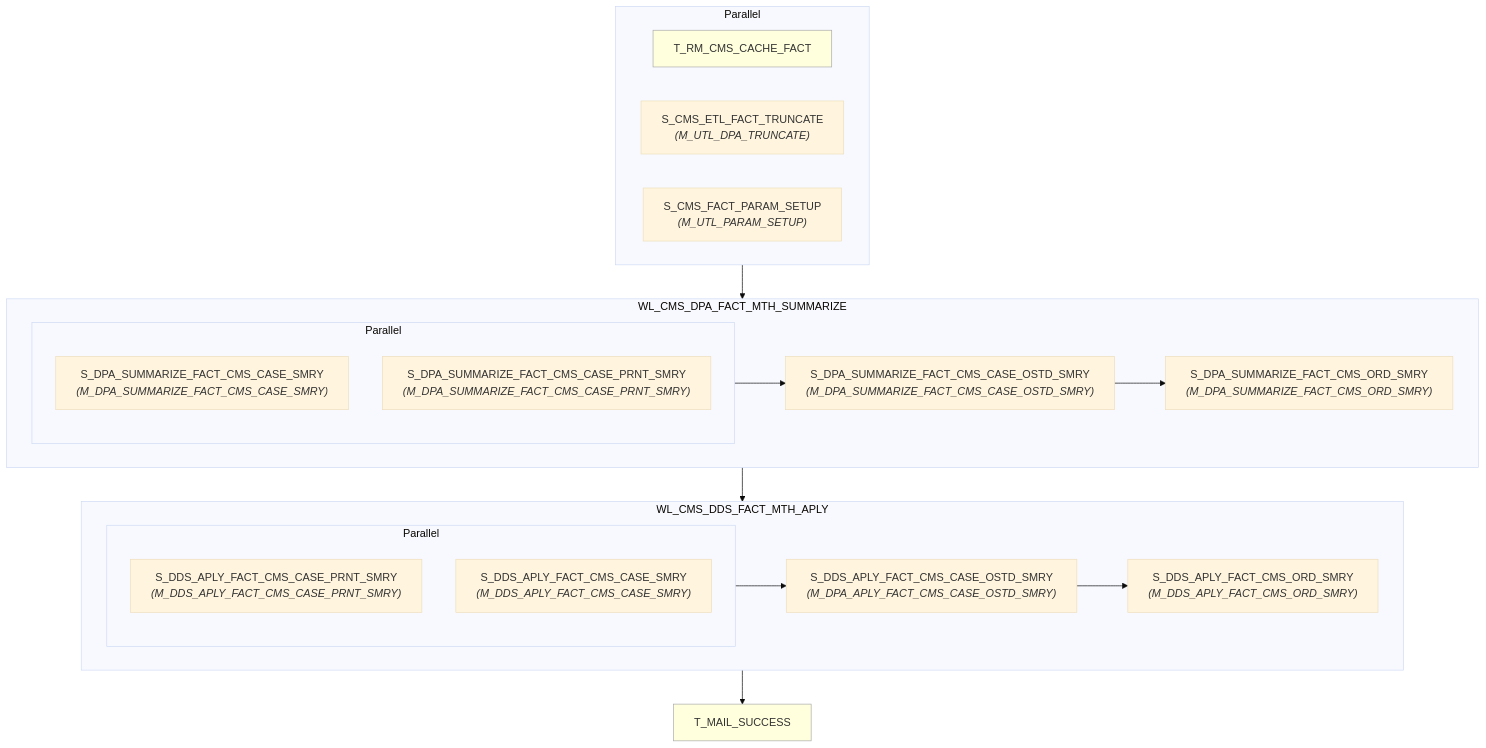
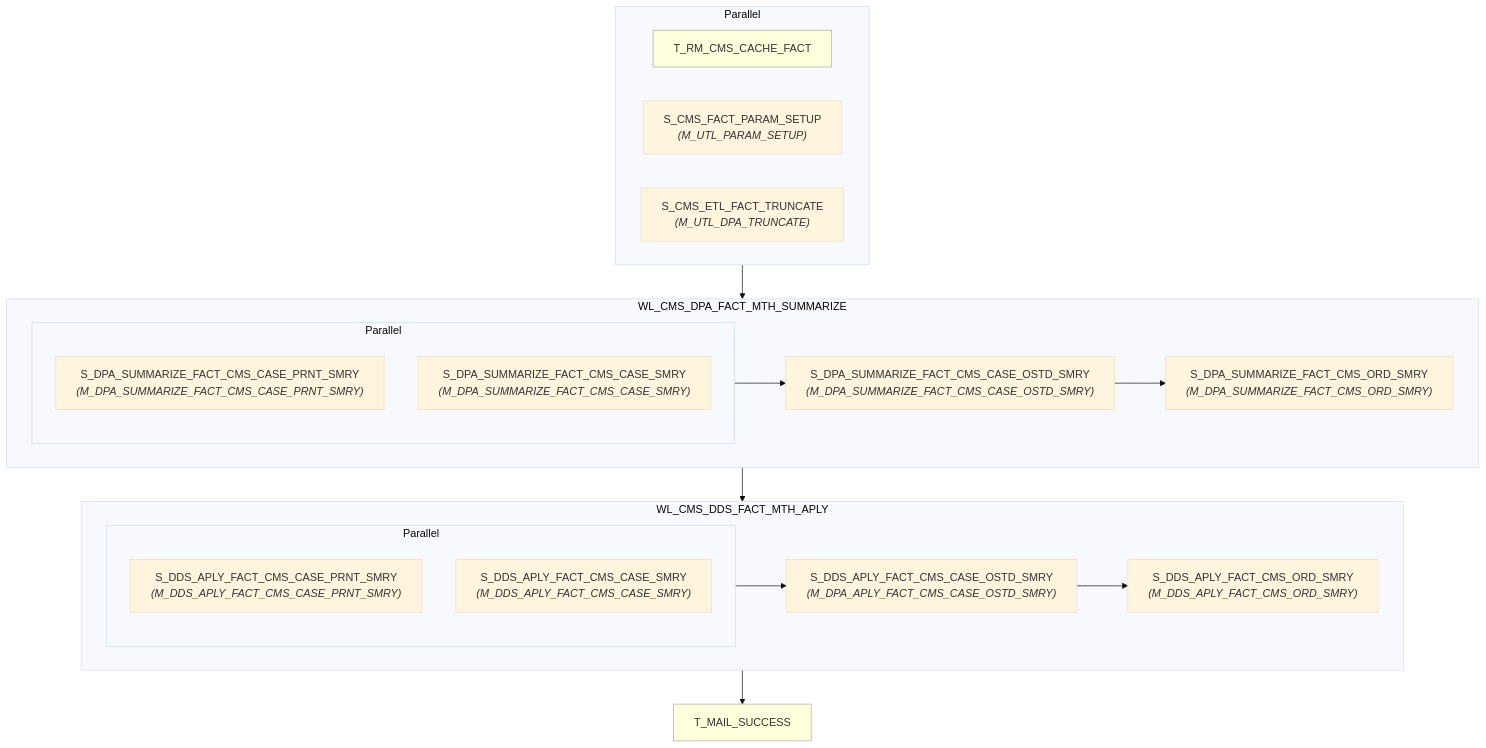
Before and after one commit to asl-adamxu/informatica-sparker-poc: the diagram in informatica/PowerCenter_workflows/dds/WF_CMS_DDS_APLY_MTH_SPARK/wf_cms_dds_aply_mth.md, drawn with Mermaid (base theme). The commit also changed 30 other files, not shown here.

````diff
--- a/informatica/PowerCenter_workflows/dds/WF_CMS_DDS_APLY_MTH_SPARK/wf_cms_dds_aply_mth.md
+++ b/informatica/PowerCenter_workflows/dds/WF_CMS_DDS_APLY_MTH_SPARK/wf_cms_dds_aply_mth.md
@@ -7,41 +7,41 @@
 ```mermaid
 flowchart TD
     n1["T_RM_CMS_CACHE_FACT"]
     style n1 fill:#ffd,stroke:#aaa,stroke-width:1px
-    n2["S_CMS_ETL_FACT_TRUNCATE<br/><i>(M_UTL_DPA_TRUNCATE)</i>"]
-    n3["S_CMS_FACT_PARAM_SETUP<br/><i>(M_UTL_PARAM_SETUP)</i>"]
+    n2["S_CMS_FACT_PARAM_SETUP<br/><i>(M_UTL_PARAM_SETUP)</i>"]
+    n3["S_CMS_ETL_FACT_TRUNCATE<br/><i>(M_UTL_DPA_TRUNCATE)</i>"]
     subgraph pg4[Parallel]
         n1
         n2
         n3
     end
     subgraph wkl5["WL_CMS_DPA_FACT_MTH_SUMMARIZE"]
-    n6["S_DPA_SUMMARIZE_FACT_CMS_CASE_SMRY<br/><i>(M_DPA_SUMMARIZE_FACT_CMS_CASE_SMRY)</i>"]
-    n7["S_DPA_SUMMARIZE_FACT_CMS_CASE_PRNT_SMRY<br/><i>(M_DPA_SUMMARIZE_FACT_CMS_CASE_PRNT_SMRY)</i>"]
+    n6["S_DPA_SUMMARIZE_FACT_CMS_CASE_PRNT_SMRY<br/><i>(M_DPA_SUMMARIZE_FACT_CMS_CASE_PRNT_SMRY)</i>"]
+    n7["S_DPA_SUMMARIZE_FACT_CMS_CASE_SMRY<br/><i>(M_DPA_SUMMARIZE_FACT_CMS_CASE_SMRY)</i>"]
     subgraph pg8[Parallel]
         n6
         n7
     end
     n9["S_DPA_SUMMARIZE_FACT_CMS_CASE_OSTD_SMRY<br/><i>(M_DPA_SUMMARIZE_FACT_CMS_CASE_OSTD_SMRY)</i>"]
     n10["S_DPA_SUMMARIZE_FACT_CMS_ORD_SMRY<br/><i>(M_DPA_SUMMARIZE_FACT_CMS_ORD_SMRY)</i>"]
         pg8 --> n9
         n9 --> n10
     end
     subgraph wkl11["WL_CMS_DDS_FACT_MTH_APLY"]
     n12["S_DDS_APLY_FACT_CMS_CASE_PRNT_SMRY<br/><i>(M_DDS_APLY_FACT_CMS_CASE_PRNT_SMRY)</i>"]
     n13["S_DDS_APLY_FACT_CMS_CASE_SMRY<br/><i>(M_DDS_APLY_FACT_CMS_CASE_SMRY)</i>"]
     subgraph pg14[Parallel]
         n12
         n13
     end
     n15["S_DDS_APLY_FACT_CMS_CASE_OSTD_SMRY<br/><i>(M_DPA_APLY_FACT_CMS_CASE_OSTD_SMRY)</i>"]
     n16["S_DDS_APLY_FACT_CMS_ORD_SMRY<br/><i>(M_DDS_APLY_FACT_CMS_ORD_SMRY)</i>"]
         pg14 --> n15
         n15 --> n16
     end
     n17["T_MAIL_SUCCESS"]
     style n17 fill:#ffd,stroke:#aaa,stroke-width:1px
     pg4 --> wkl5
     wkl5 --> wkl11
     wkl11 --> n17
 ```
````
